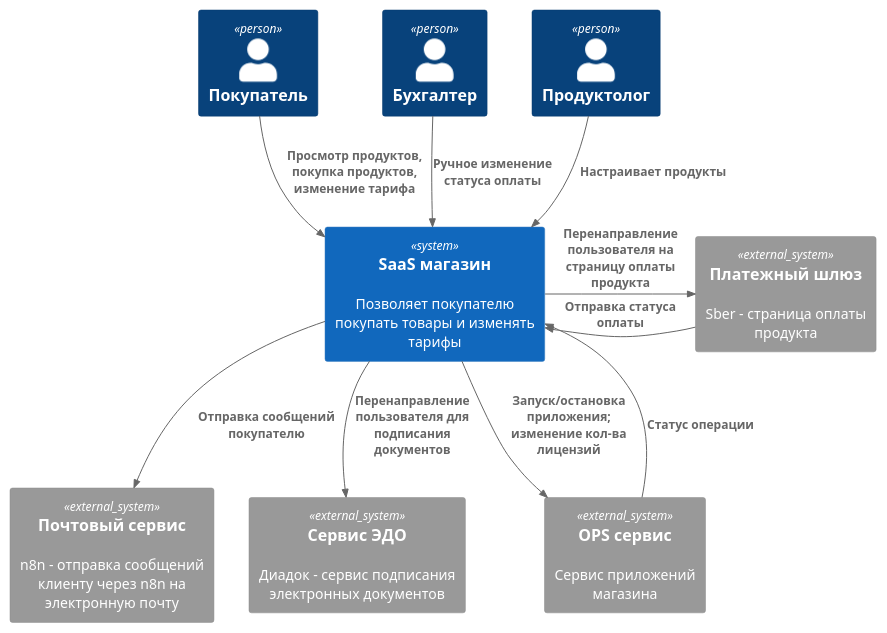
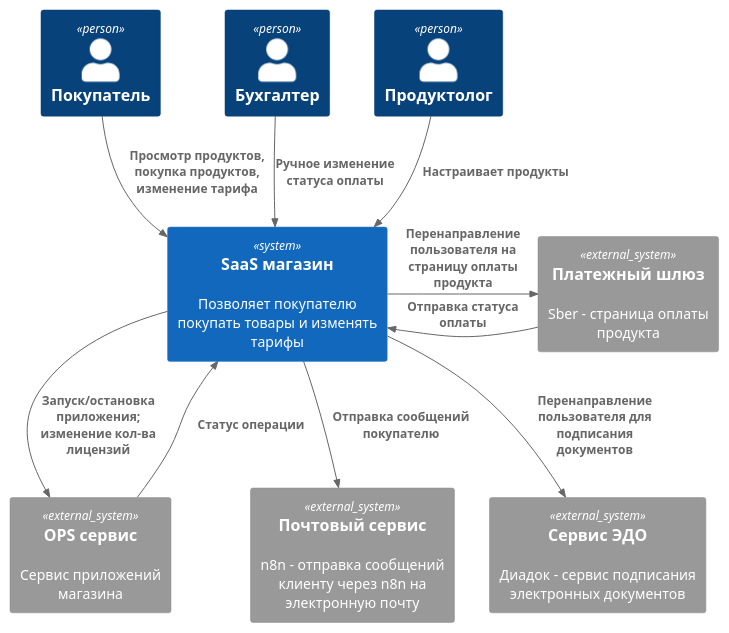
The diagram in docs/c4/1.context.puml (kelvionald/saas-shop), drawn with PlantUML before and after one commit.

```diff
--- a/docs/c4/1.context.puml
+++ b/docs/c4/1.context.puml
@@ -1,28 +1,28 @@
 @startuml
 !include https://raw.githubusercontent.com/plantuml-stdlib/C4-PlantUML/master/C4_Context.puml
 
 AddElementTag("fallback", $bgColor="#444444")
 
 
 Person(user_customer, "Покупатель")
 Person(user_accountant, "Бухгалтер")
 Person(user_programmer, "Продуктолог")
 
 System(system_shop, "SaaS магазин", "Позволяет покупателю покупать товары и изменять тарифы")
 
 System_Ext(system_email, "Почтовый сервис", "n8n - отправка сообщений клиенту через n8n на электронную почту")
 System_Ext(system_bank, "Платежный шлюз", "Sber - страница оплаты продукта")
 System_Ext(system_docs, "Сервис ЭДО", "Диадок - сервис подписания электронных документов")
 System_Ext(system_ops, "OPS сервис", "Сервис приложений магазина")
 
 Rel(user_customer, system_shop, "Просмотр продуктов, покупка продуктов, изменение тарифа")
 Rel(user_accountant, system_shop, "Ручное изменение статуса оплаты")
 Rel(user_programmer, system_shop, "Настраивает продукты")
 Rel(system_shop, system_email, "Отправка сообщений покупателю")
 Rel_R(system_shop, system_bank, "Перенаправление пользователя на страницу оплаты продукта")
 Rel_R(system_bank, system_shop, "Отправка статуса оплаты")
 Rel(system_shop, system_docs, "Перенаправление пользователя для подписания документов")
 Rel(system_shop, system_ops, "Запуск/остановка приложения; изменение кол-ва лицензий")
-Rel(system_ops, system_shop, "Статус операции")
+Rel_R(system_ops, system_shop, "Статус операции")
 
 @enduml
```
